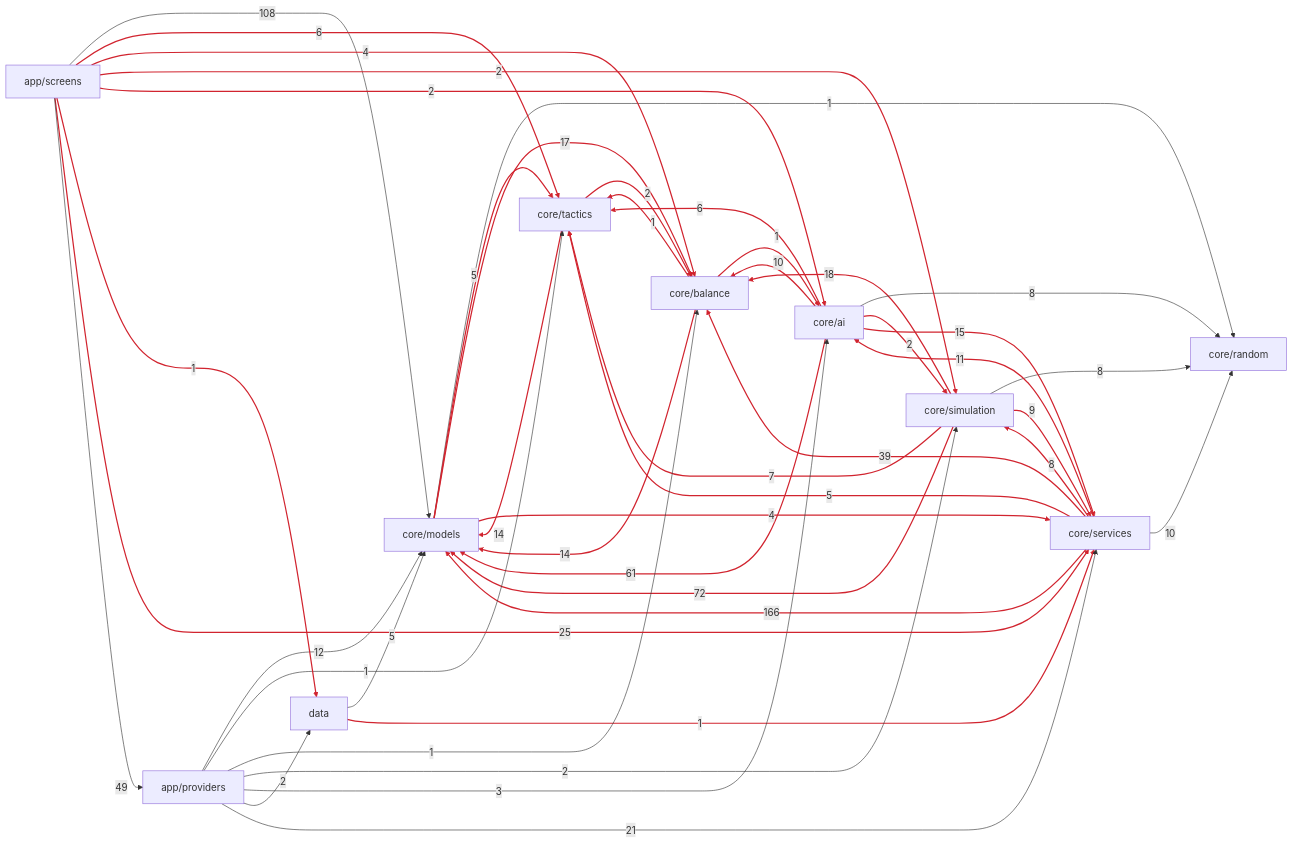
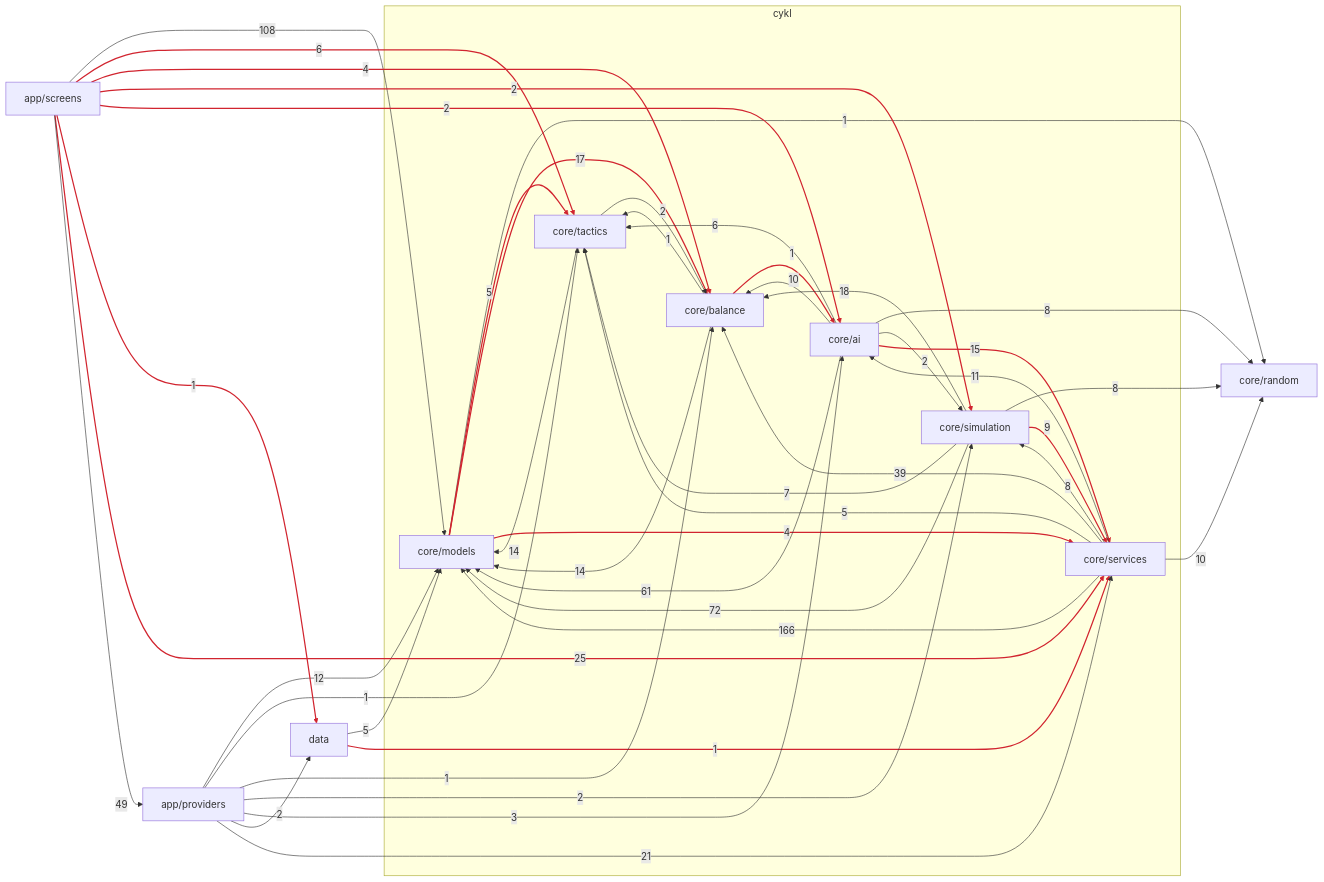
Before and after one commit to Adam2O5/New-football: the first of 2 diagrams in docs/architecture/README.md, drawn with Mermaid. The commit also changed other lines of this file and 1 other file, not shown here.

````diff
--- a/docs/architecture/README.md
+++ b/docs/architecture/README.md
@@ -121,57 +105,59 @@
 ```mermaid
 flowchart LR
-    pkg_core_models["core/models"]
+    subgraph cycle_1 ["cykl"]
+        pkg_core_models["core/models"]
+        pkg_core_tactics["core/tactics"]
+        pkg_core_balance["core/balance"]
+        pkg_core_simulation["core/simulation"]
+        pkg_core_ai["core/ai"]
+        pkg_core_services["core/services"]
+    end
     pkg_core_random["core/random"]
-    pkg_core_tactics["core/tactics"]
-    pkg_core_balance["core/balance"]
-    pkg_core_simulation["core/simulation"]
-    pkg_core_ai["core/ai"]
     pkg_data["data"]
-    pkg_core_services["core/services"]
     pkg_app_providers["app/providers"]
     pkg_app_screens["app/screens"]
     pkg_core_models -->|"1"| pkg_core_random
     pkg_core_models -->|"5"| pkg_core_tactics
     pkg_core_models -->|"17"| pkg_core_balance
     pkg_core_models -->|"4"| pkg_core_services
     pkg_core_tactics -->|"14"| pkg_core_models
     pkg_core_tactics -->|"2"| pkg_core_balance
     pkg_core_balance -->|"14"| pkg_core_models
     pkg_core_balance -->|"1"| pkg_core_tactics
     pkg_core_balance -->|"1"| pkg_core_ai
     pkg_core_simulation -->|"72"| pkg_core_models
     pkg_core_simulation -->|"8"| pkg_core_random
     pkg_core_simulation -->|"7"| pkg_core_tactics
     pkg_core_simulation -->|"18"| pkg_core_balance
     pkg_core_simulation -->|"9"| pkg_core_services
     pkg_core_ai -->|"61"| pkg_core_models
     pkg_core_ai -->|"8"| pkg_core_random
     pkg_core_ai -->|"6"| pkg_core_tactics
     pkg_core_ai -->|"10"| pkg_core_balance
     pkg_core_ai -->|"2"| pkg_core_simulation
     pkg_core_ai -->|"15"| pkg_core_services
     pkg_data -->|"5"| pkg_core_models
     pkg_data -->|"1"| pkg_core_services
     pkg_core_services -->|"166"| pkg_core_models
     pkg_core_services -->|"10"| pkg_core_random
     pkg_core_services -->|"5"| pkg_core_tactics
     pkg_core_services -->|"39"| pkg_core_balance
     pkg_core_services -->|"8"| pkg_core_simulation
     pkg_core_services -->|"11"| pkg_core_ai
     pkg_app_providers -->|"12"| pkg_core_models
     pkg_app_providers -->|"1"| pkg_core_tactics
     pkg_app_providers -->|"1"| pkg_core_balance
     pkg_app_providers -->|"2"| pkg_core_simulation
     pkg_app_providers -->|"3"| pkg_core_ai
     pkg_app_providers -->|"2"| pkg_data
     pkg_app_providers -->|"21"| pkg_core_services
     pkg_app_screens -->|"108"| pkg_core_models
     pkg_app_screens -->|"6"| pkg_core_tactics
     pkg_app_screens -->|"4"| pkg_core_balance
     pkg_app_screens -->|"2"| pkg_core_simulation
     pkg_app_screens -->|"2"| pkg_core_ai
     pkg_app_screens -->|"1"| pkg_data
     pkg_app_screens -->|"25"| pkg_core_services
     pkg_app_screens -->|"49"| pkg_app_providers
-    linkStyle 1,2,3,4,5,6,7,8,9,11,12,13,14,16,17,18,19,21,22,24,25,26,27,36,37,38,39,40,41 stroke:#d1242f,stroke-width:2px
+    linkStyle 1,2,3,8,13,19,21,36,37,38,39,40,41 stroke:#d1242f,stroke-width:2px
 ```
````
